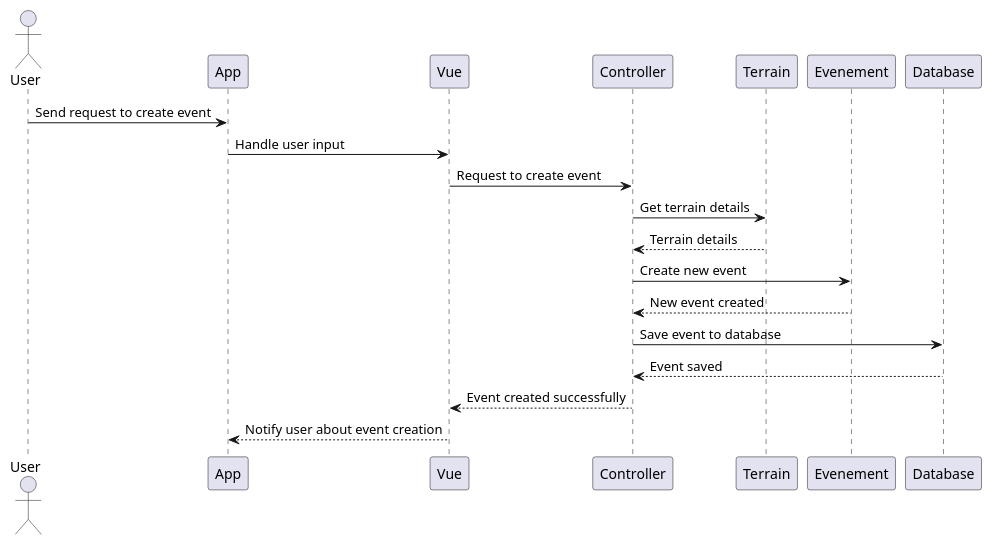
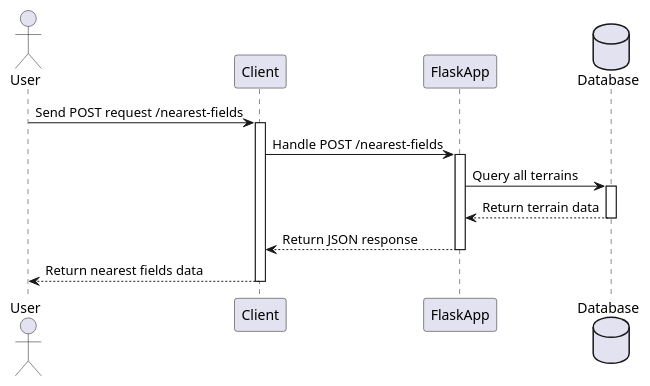
Before and after one commit to mfrj22/socsport: the diagram in src/docs/asciidoc/models/diagsec.puml, drawn with PlantUML. The commit also changed 3 other files, not shown here.

Commit message:
MAJ des diagrammes

```diff
--- a/src/docs/asciidoc/models/diagsec.puml
+++ b/src/docs/asciidoc/models/diagsec.puml
@@ -1,23 +1,24 @@
-@startuml diagsec
+@startuml
+actor User
+participant Client
+participant FlaskApp
+database Database
 
-actor User
-participant App
-participant Vue
-participant Controller
-participant Terrain
-participant Evenement
-participant Database
+User -> Client: Send POST request /nearest-fields
+activate Client
 
-User -> App: Send request to create event
-App -> Vue: Handle user input
-Vue -> Controller: Request to create event
-Controller -> Terrain: Get terrain details
-Terrain --> Controller: Terrain details
-Controller -> Evenement: Create new event
-Evenement --> Controller: New event created
-Controller -> Database: Save event to database
-Database --> Controller: Event saved
-Controller --> Vue: Event created successfully
-Vue --> App: Notify user about event creation
+Client -> FlaskApp: Handle POST /nearest-fields
+activate FlaskApp
 
+FlaskApp -> Database: Query all terrains
+activate Database
+
+Database --> FlaskApp: Return terrain data
+deactivate Database
+
+FlaskApp --> Client: Return JSON response
+deactivate FlaskApp
+
+Client --> User: Return nearest fields data
+deactivate Client
 @enduml
```
